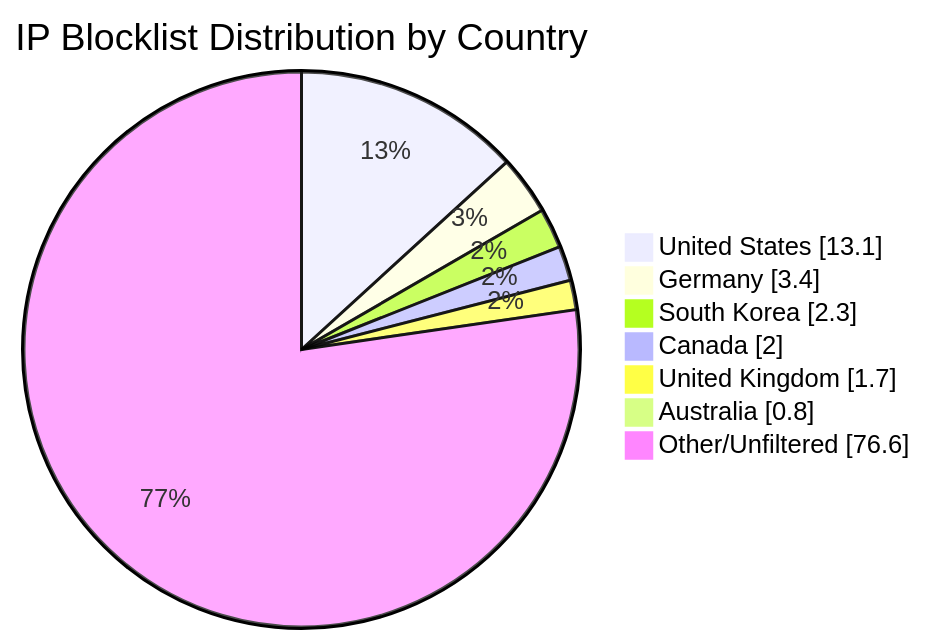
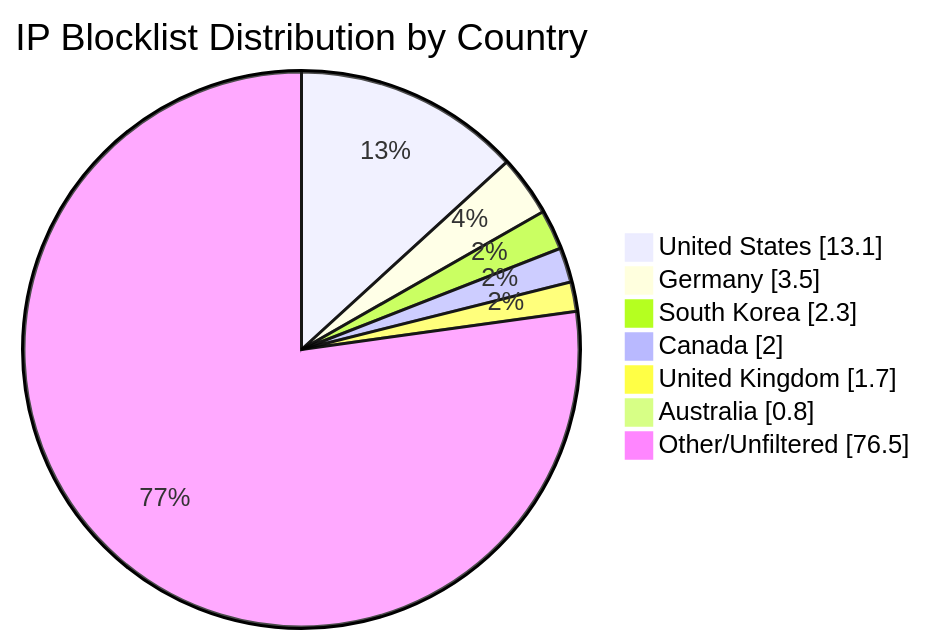
Before and after one commit to MarcusHoltz/ipblocklist-geofiltered-aggregator: the diagram in README.md, drawn with Mermaid. The commit also changed other lines of this file and 9 other files, not shown here.

````diff
--- a/README.md
+++ b/README.md
@@ -34,10 +34,10 @@
 ```mermaid
 pie showData title IP Blocklist Distribution by Country
 "United States" : 13.1
-"Germany" : 3.4
+"Germany" : 3.5
 "South Korea" : 2.3
 "Canada" : 2.0
 "United Kingdom" : 1.7
 "Australia" : 0.8
-"Other/Unfiltered" : 76.6
+"Other/Unfiltered" : 76.5
 ```
````
